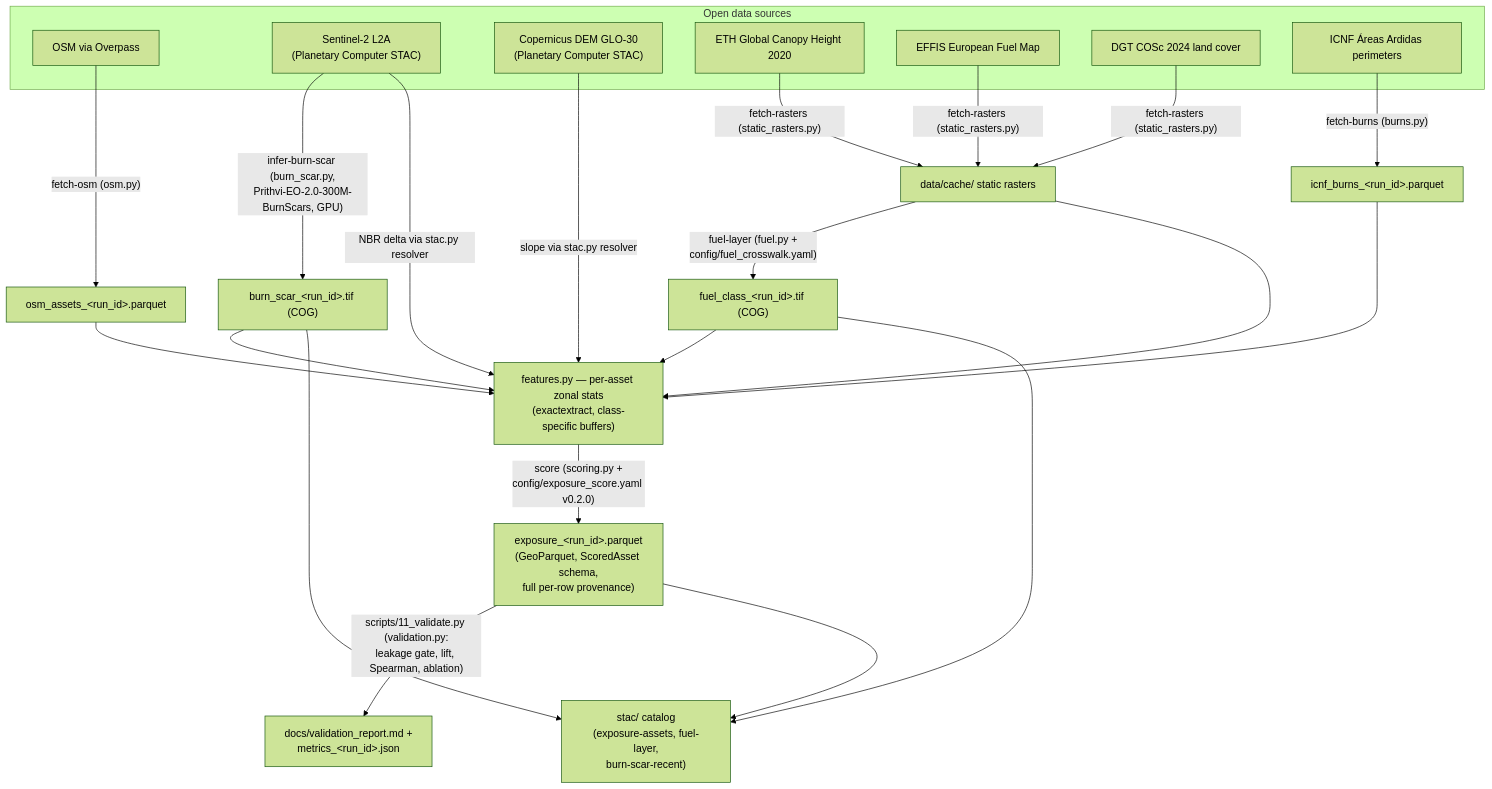
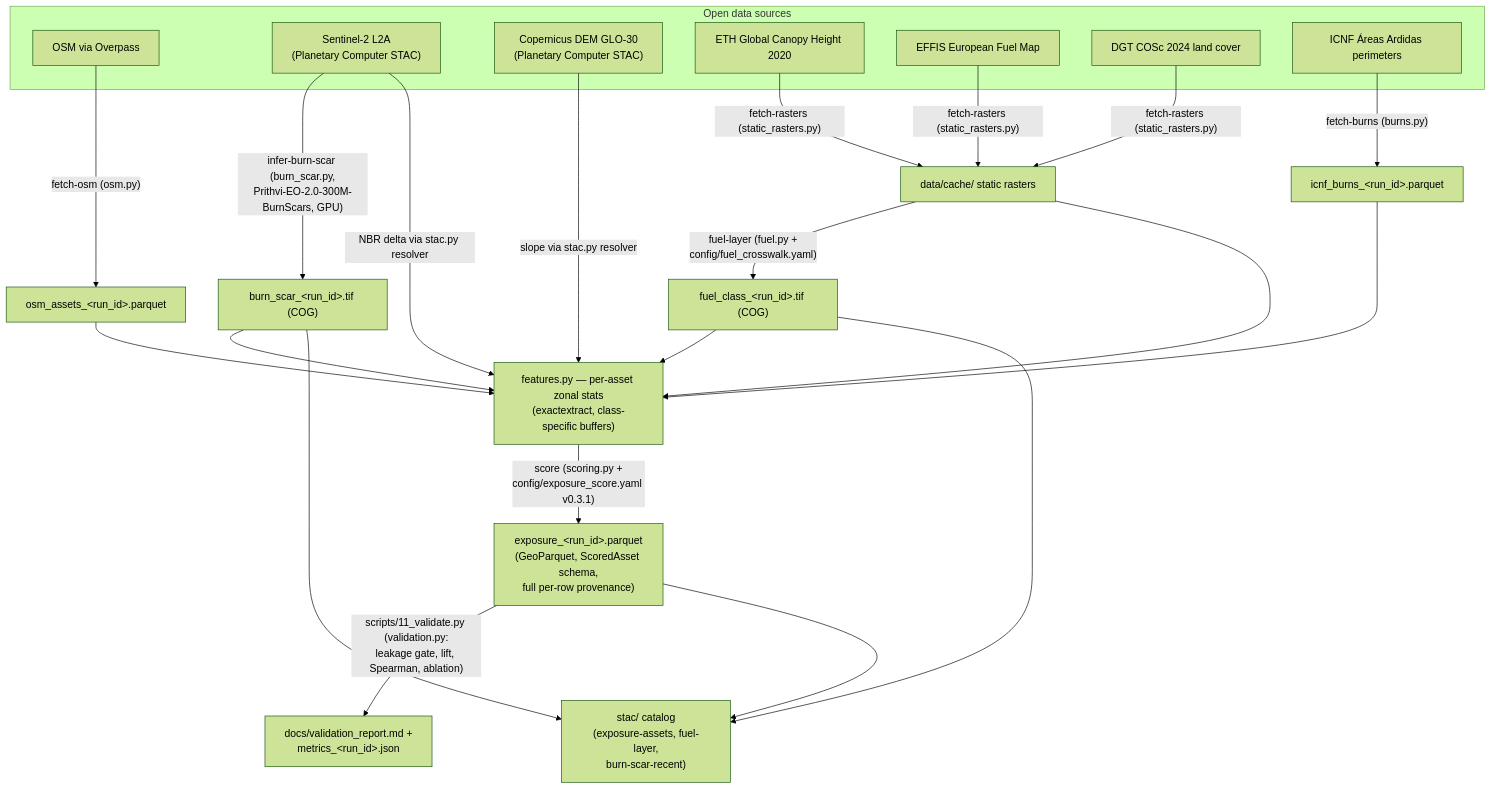
Before and after one commit to lunasilvestre/wildfire-exposure-eo: the first of 3 diagrams in docs/diagrams.md, drawn with Mermaid (forest theme). The commit also changed other lines of this file and 2 other files, not shown here.

````diff
--- a/docs/diagrams.md
+++ b/docs/diagrams.md
@@ -15,35 +15,35 @@
 ```mermaid
 flowchart TD
     subgraph sources["Open data sources"]
         OSM["OSM via Overpass"]
         S2["Sentinel-2 L2A<br>(Planetary Computer STAC)"]
         DEM["Copernicus DEM GLO-30<br>(Planetary Computer STAC)"]
         GCH["ETH Global Canopy Height 2020"]
         EFFIS["EFFIS European Fuel Map"]
         COSC["DGT COSc 2024 land cover"]
         ICNF["ICNF Áreas Ardidas perimeters"]
     end
 
     OSM -->|"fetch-osm (osm.py)"| ASSETS["osm_assets_&lt;run_id&gt;.parquet"]
     EFFIS -->|"fetch-rasters (static_rasters.py)"| CACHE["data/cache/ static rasters"]
     COSC -->|"fetch-rasters (static_rasters.py)"| CACHE
     GCH -->|"fetch-rasters (static_rasters.py)"| CACHE
     ICNF -->|"fetch-burns (burns.py)"| BURNS["icnf_burns_&lt;run_id&gt;.parquet"]
 
     CACHE -->|"fuel-layer (fuel.py +<br>config/fuel_crosswalk.yaml)"| FUEL["fuel_class_&lt;run_id&gt;.tif (COG)"]
     S2 -->|"infer-burn-scar (burn_scar.py,<br>Prithvi-EO-2.0-300M-BurnScars, GPU)"| BSCAR["burn_scar_&lt;run_id&gt;.tif (COG)"]
 
     ASSETS --> FEAT["features.py — per-asset zonal stats<br>(exactextract, class-specific buffers)"]
     FUEL --> FEAT
     BSCAR --> FEAT
     BURNS --> FEAT
     CACHE --> FEAT
     S2 -->|"NBR delta via stac.py resolver"| FEAT
     DEM -->|"slope via stac.py resolver"| FEAT
 
-    FEAT -->|"score (scoring.py +<br>config/exposure_score.yaml v0.2.0)"| EXP["exposure_&lt;run_id&gt;.parquet<br>(GeoParquet, ScoredAsset schema,<br>full per-row provenance)"]
+    FEAT -->|"score (scoring.py +<br>config/exposure_score.yaml v0.3.1)"| EXP["exposure_&lt;run_id&gt;.parquet<br>(GeoParquet, ScoredAsset schema,<br>full per-row provenance)"]
     EXP -->|"scripts/11_validate.py (validation.py:<br>leakage gate, lift, Spearman, ablation)"| VAL["docs/validation_report.md +<br>metrics_&lt;run_id&gt;.json"]
     EXP --> STAC["stac/ catalog<br>(exposure-assets, fuel-layer,<br>burn-scar-recent)"]
     FUEL --> STAC
     BSCAR --> STAC
 ```
````
